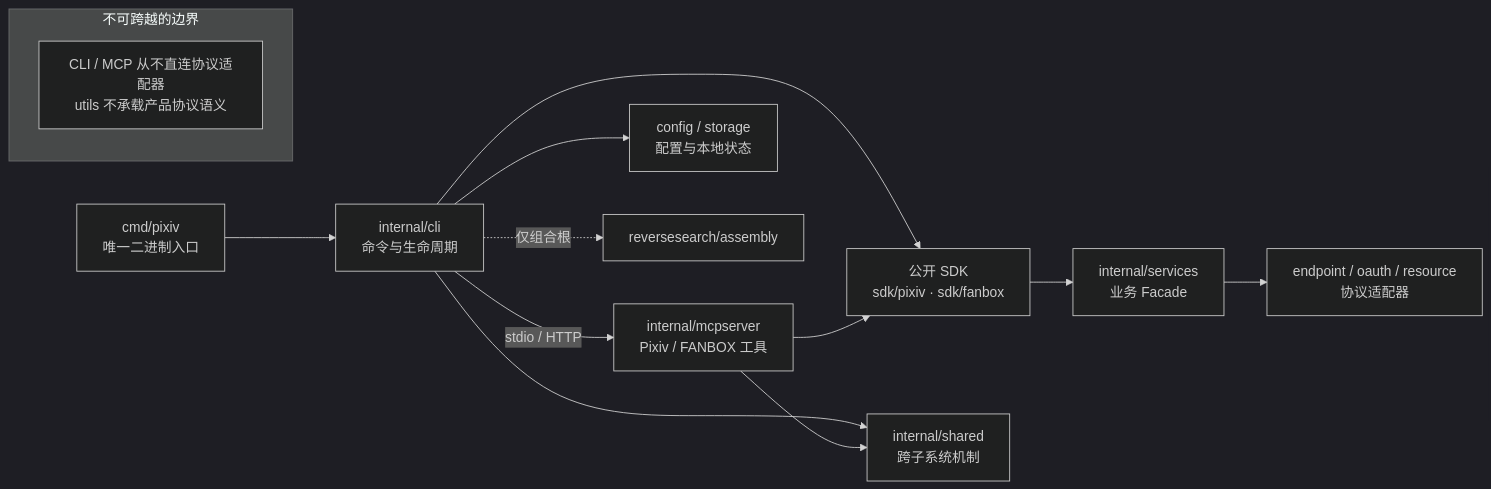
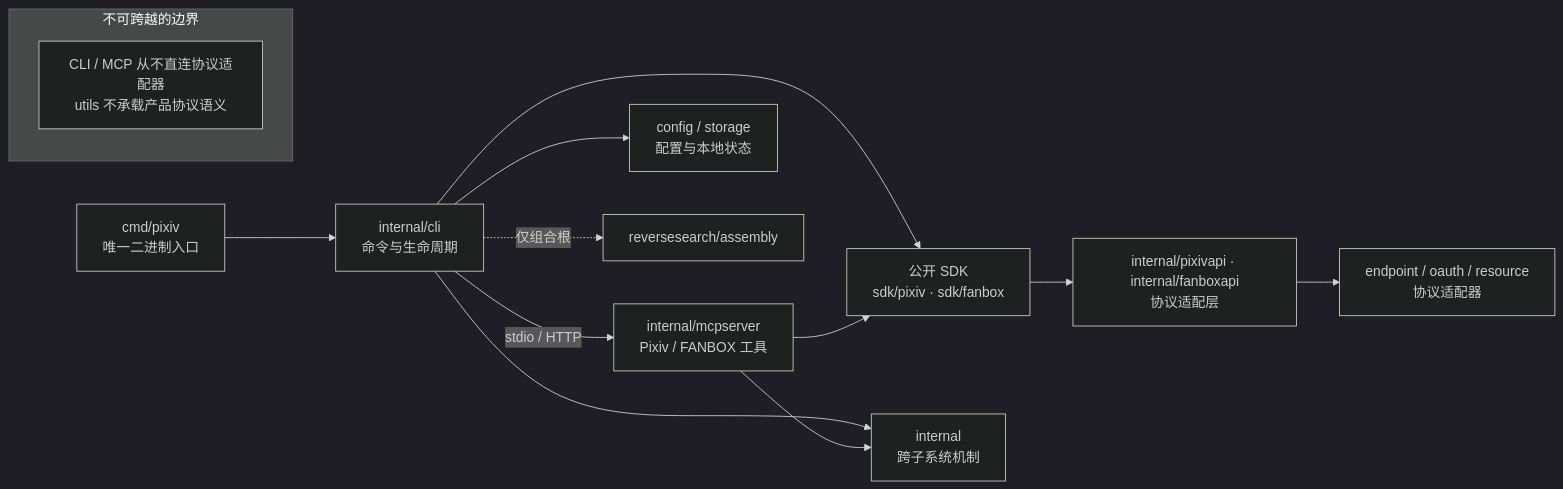
The first of 5 diagrams in docs/zh-CN/maintainers/architecture.md (FlanChanXwO/pixiv-cli), drawn with Mermaid (dark theme) before and after one commit. The commit also changed other lines of this file and 708 other files, not shown here.

````diff
--- a/docs/zh-CN/maintainers/architecture.md
+++ b/docs/zh-CN/maintainers/architecture.md
@@ -5,17 +5,17 @@
 ```mermaid
 flowchart LR
     ENTRY["cmd/pixiv<br/>唯一二进制入口"] --> CLI["internal/cli<br/>命令与生命周期"]
     CLI -->|"stdio / HTTP"| MCP["internal/mcpserver<br/>Pixiv / FANBOX 工具"]
     CLI --> SDK["公开 SDK<br/>sdk/pixiv · sdk/fanbox"]
     MCP --> SDK
-    SDK --> FACADE["internal/services<br/>业务 Facade"]
+    SDK --> FACADE["internal/pixivapi · internal/fanboxapi<br/>协议适配层"]
     FACADE --> ADAPTER["endpoint / oauth / resource<br/>协议适配器"]
-    CLI --> SHARED["internal/shared<br/>跨子系统机制"]
+    CLI --> SHARED["internal<br/>跨子系统机制"]
     MCP --> SHARED
     CLI --> STATE["config / storage<br/>配置与本地状态"]
     CLI -.->|"仅组合根"| RSA["reversesearch/assembly"]
 
     subgraph boundary["不可跨越的边界"]
         RULE["CLI / MCP 从不直连协议适配器<br/>utils 不承载产品协议语义"]
     end
 ```
````
